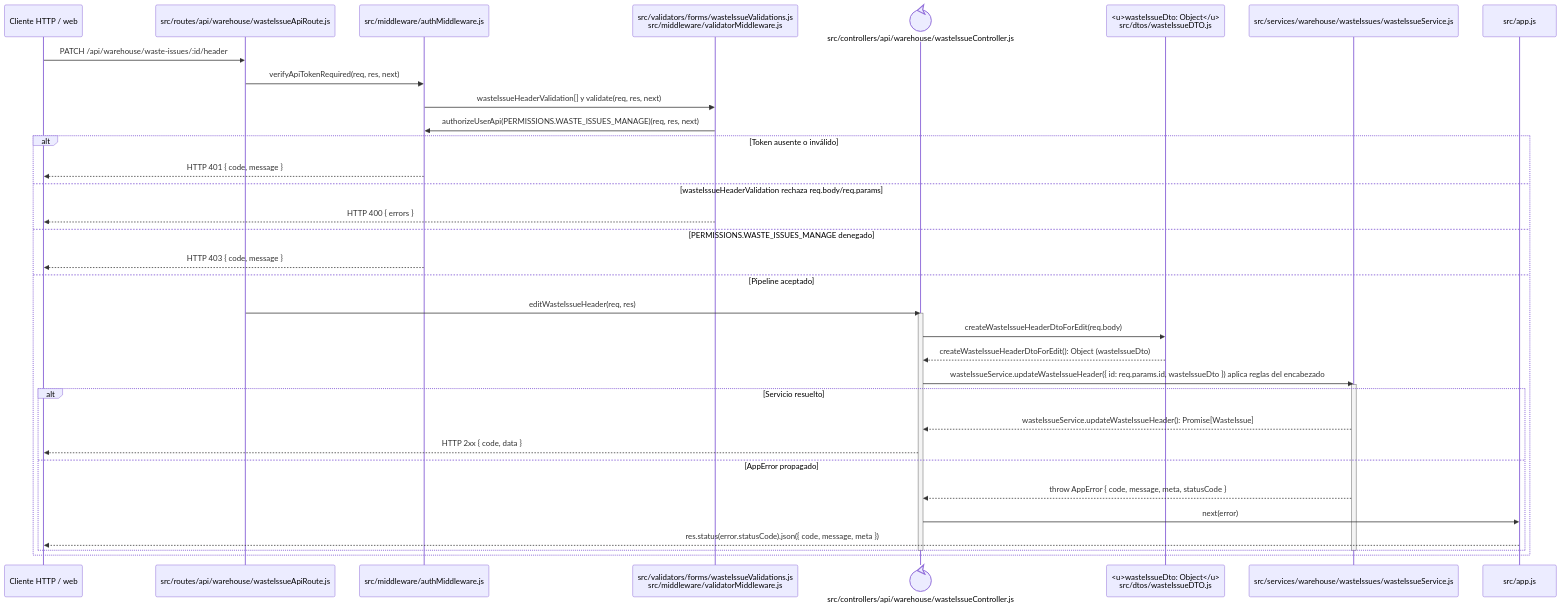
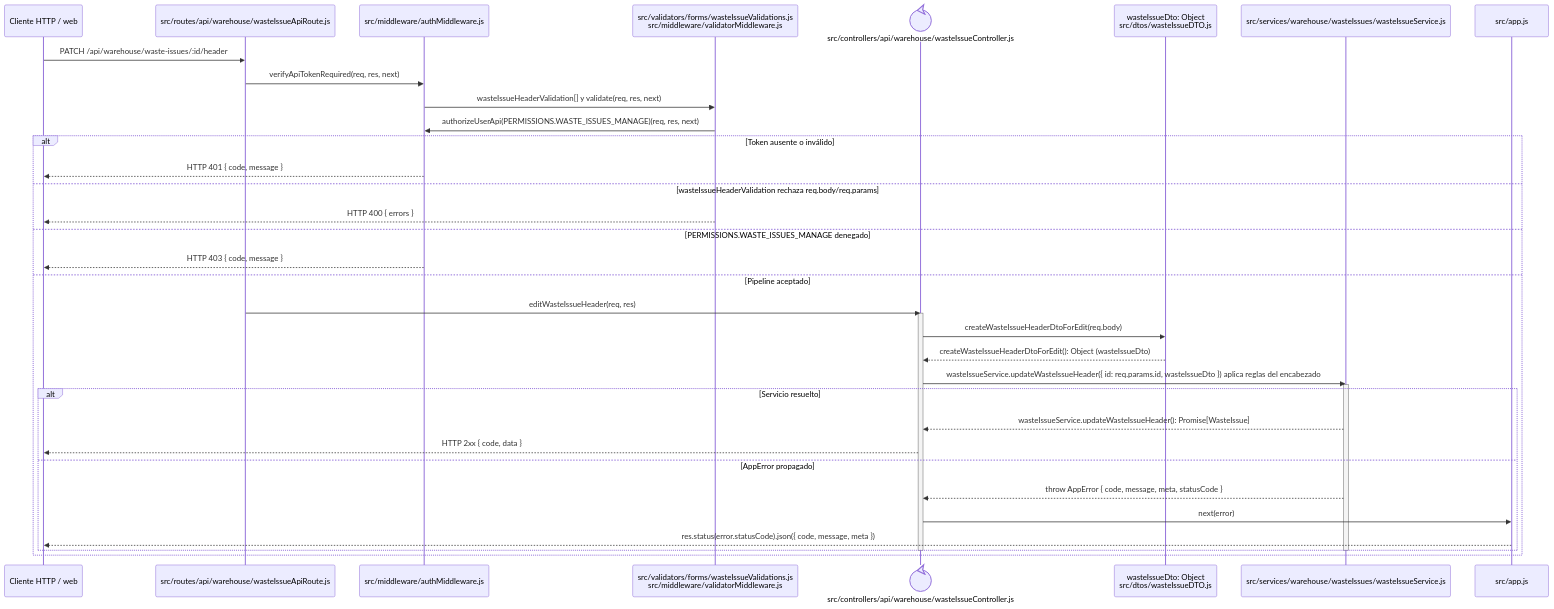
The diagram in docs/architecture/backend-code-sequences/issues/cu-sal-10.md (gpgsistemas01/nexus), drawn with Mermaid before and after one commit. The commit also changed 38 other files, not shown here.

````diff
--- a/docs/architecture/backend-code-sequences/issues/cu-sal-10.md
+++ b/docs/architecture/backend-code-sequences/issues/cu-sal-10.md
@@ -6,40 +6,40 @@
 ```mermaid
 sequenceDiagram
     participant Client as Cliente HTTP / web
     participant Route as src/routes/api/warehouse/wasteIssueApiRoute.js
     participant Auth as src/middleware/authMiddleware.js
     participant Validator as src/validators/forms/wasteIssueValidations.js<br/>src/middleware/validatorMiddleware.js
     participant Controller@{ "type": "control" } as src/controllers/api/warehouse/wasteIssueController.js
-    participant IssueDto as <u>wasteIssueDto: Object</u><br/>src/dtos/wasteIssueDTO.js
+    participant IssueDto as wasteIssueDto: Object<br/>src/dtos/wasteIssueDTO.js
     participant Domain as src/services/warehouse/wasteIssues/wasteIssueService.js
     participant ErrorHandler as src/app.js
 
     Client->>Route: PATCH /api/warehouse/waste-issues/:id/header
     Route->>Auth: verifyApiTokenRequired(req, res, next)
     Auth->>Validator: wasteIssueHeaderValidation[] y validate(req, res, next)
     Validator->>Auth: authorizeUserApi(PERMISSIONS.WASTE_ISSUES_MANAGE)(req, res, next)
     alt Token ausente o inválido
         Auth-->>Client: HTTP 401 { code, message }
     else wasteIssueHeaderValidation rechaza req.body/req.params
         Validator-->>Client: HTTP 400 { errors }
     else PERMISSIONS.WASTE_ISSUES_MANAGE denegado
         Auth-->>Client: HTTP 403 { code, message }
     else Pipeline aceptado
         Route->>Controller: editWasteIssueHeader(req, res)
         activate Controller
         Controller->>IssueDto: createWasteIssueHeaderDtoForEdit(req.body)
         IssueDto-->>Controller: createWasteIssueHeaderDtoForEdit(): Object (wasteIssueDto)
         Controller->>Domain: wasteIssueService.updateWasteIssueHeader({ id: req.params.id, wasteIssueDto }) aplica reglas del encabezado
         activate Domain
         alt Servicio resuelto
             Domain-->>Controller: wasteIssueService.updateWasteIssueHeader(): Promise[WasteIssue]
             Controller-->>Client: HTTP 2xx { code, data }
         else AppError propagado
             Domain-->>Controller: throw AppError { code, message, meta, statusCode }
             Controller->>ErrorHandler: next(error)
             ErrorHandler-->>Client: res.status(error.statusCode).json({ code, message, meta })
         end
         deactivate Domain
         deactivate Controller
     end
 ```
````
